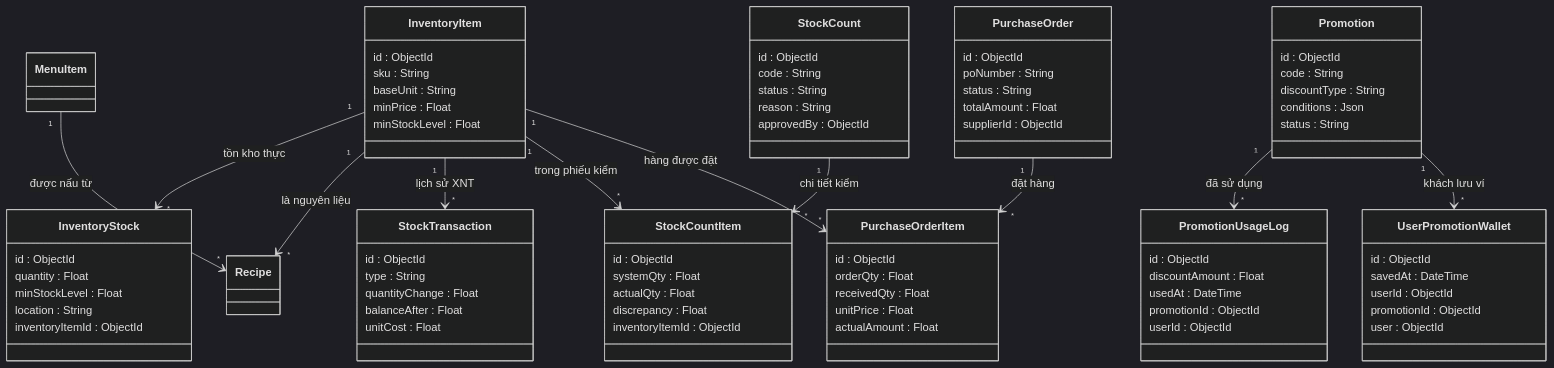
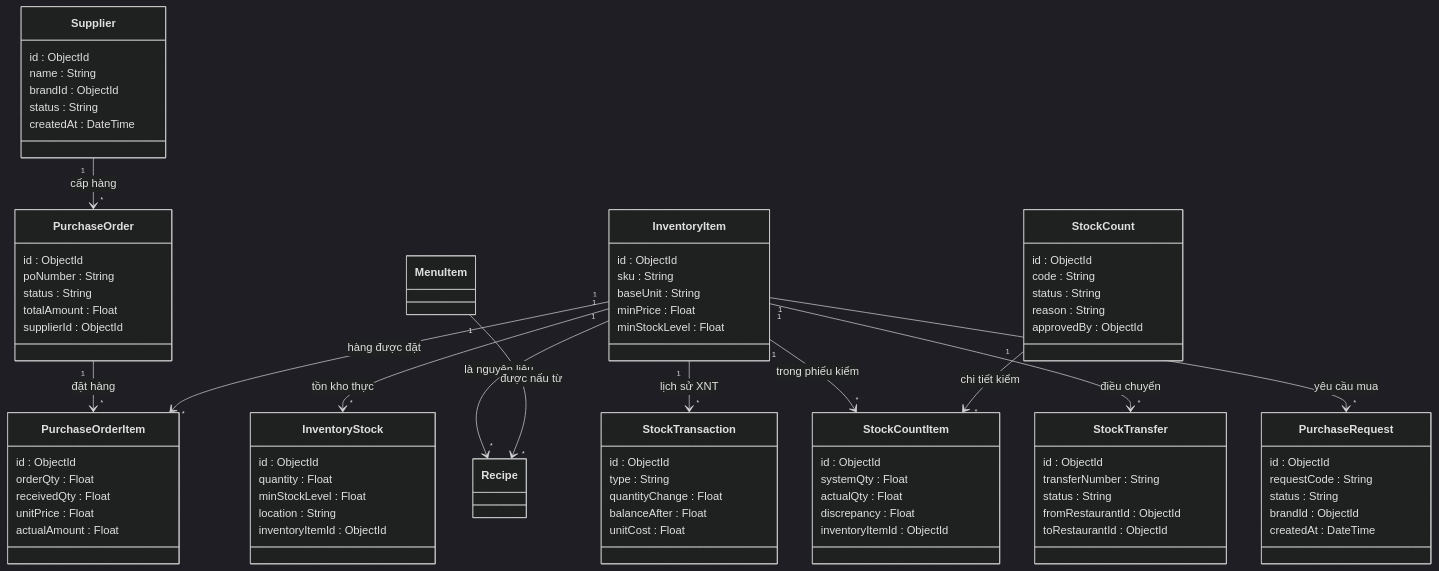
The fourth of 7 diagrams in README.md (nguyenhocweb/QuanLyNhaHangorQuanNuoc), drawn with Mermaid before and after one commit. The commit also changed other lines of this file, not shown here.

Commit message:
docs: add all 73 missing tables to architectural review and split into 7 domains for complete coverage

````diff
--- a/README.md
+++ b/README.md
@@ -227,10 +267,11 @@
     InventoryItem "1" --> "*" StockTransaction : lịch sử XNT
     InventoryItem "1" --> "*" StockCountItem : trong phiếu kiểm
     StockCount "1" --> "*" StockCountItem : chi tiết kiểm
+    Supplier "1" --> "*" PurchaseOrder : cấp hàng
     PurchaseOrder "1" --> "*" PurchaseOrderItem : đặt hàng
     InventoryItem "1" --> "*" PurchaseOrderItem : hàng được đặt
-    Promotion "1" --> "*" PromotionUsageLog : đã sử dụng
-    Promotion "1" --> "*" UserPromotionWallet : khách lưu ví
+    InventoryItem "1" --> "*" StockTransfer : điều chuyển
+    InventoryItem "1" --> "*" PurchaseRequest : yêu cầu mua
 
     class InventoryItem {
         id : ObjectId
@@ -281,25 +322,25 @@
         unitPrice : Float
         actualAmount : Float
     }
-    class Promotion {
+    class Supplier {
         id : ObjectId
-        code : String
-        discountType : String
-        conditions : Json
+        name : String
+        brandId : ObjectId
         status : String
+        createdAt : DateTime
     }
-    class PromotionUsageLog {
+    class StockTransfer {
         id : ObjectId
-        discountAmount : Float
-        usedAt : DateTime
-        promotionId : ObjectId
-        userId : ObjectId
+        transferNumber : String
+        status : String
+        fromRestaurantId : ObjectId
+        toRestaurantId : ObjectId
     }
-    class UserPromotionWallet {
+    class PurchaseRequest {
         id : ObjectId
-        savedAt : DateTime
-        userId : ObjectId
-        promotionId : ObjectId
-        user : ObjectId
+        requestCode : String
+        status : String
+        brandId : ObjectId
+        createdAt : DateTime
     }
 ```
````
